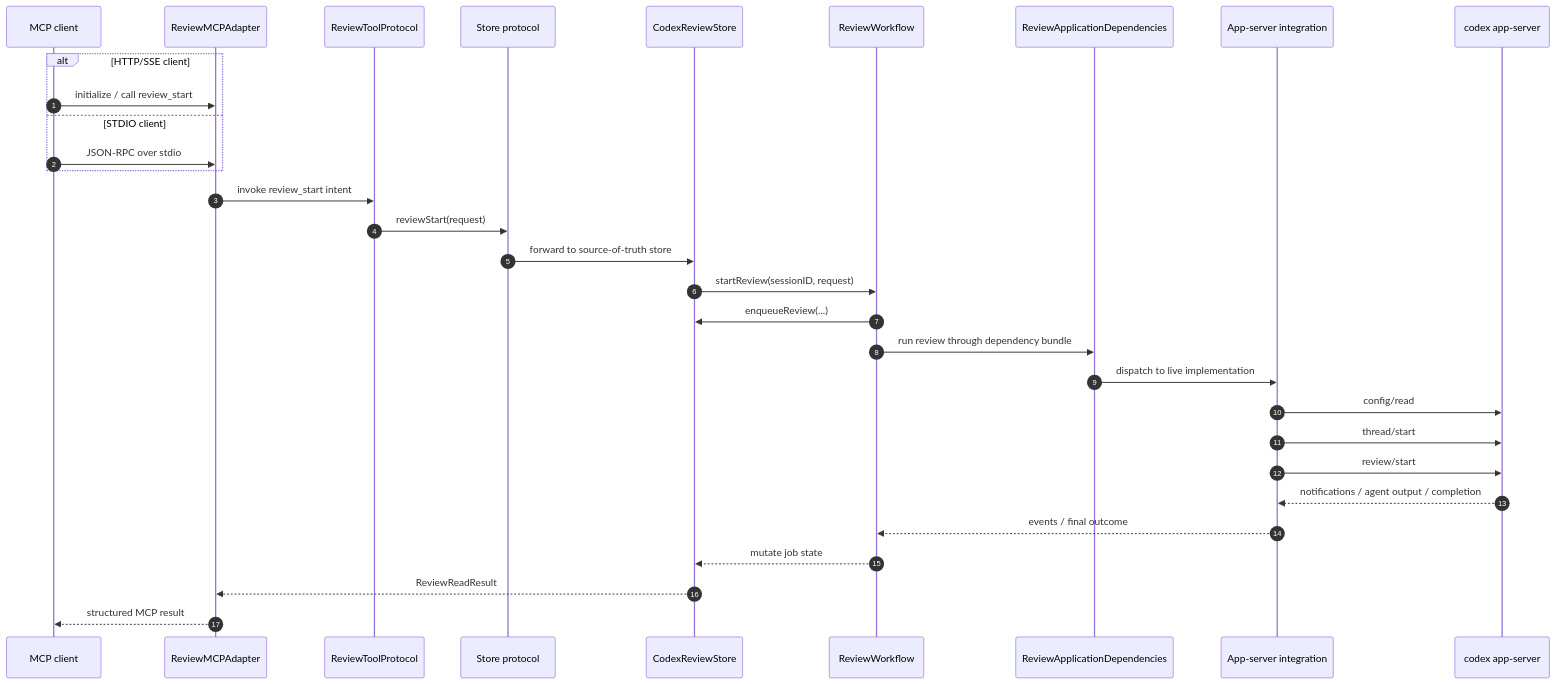
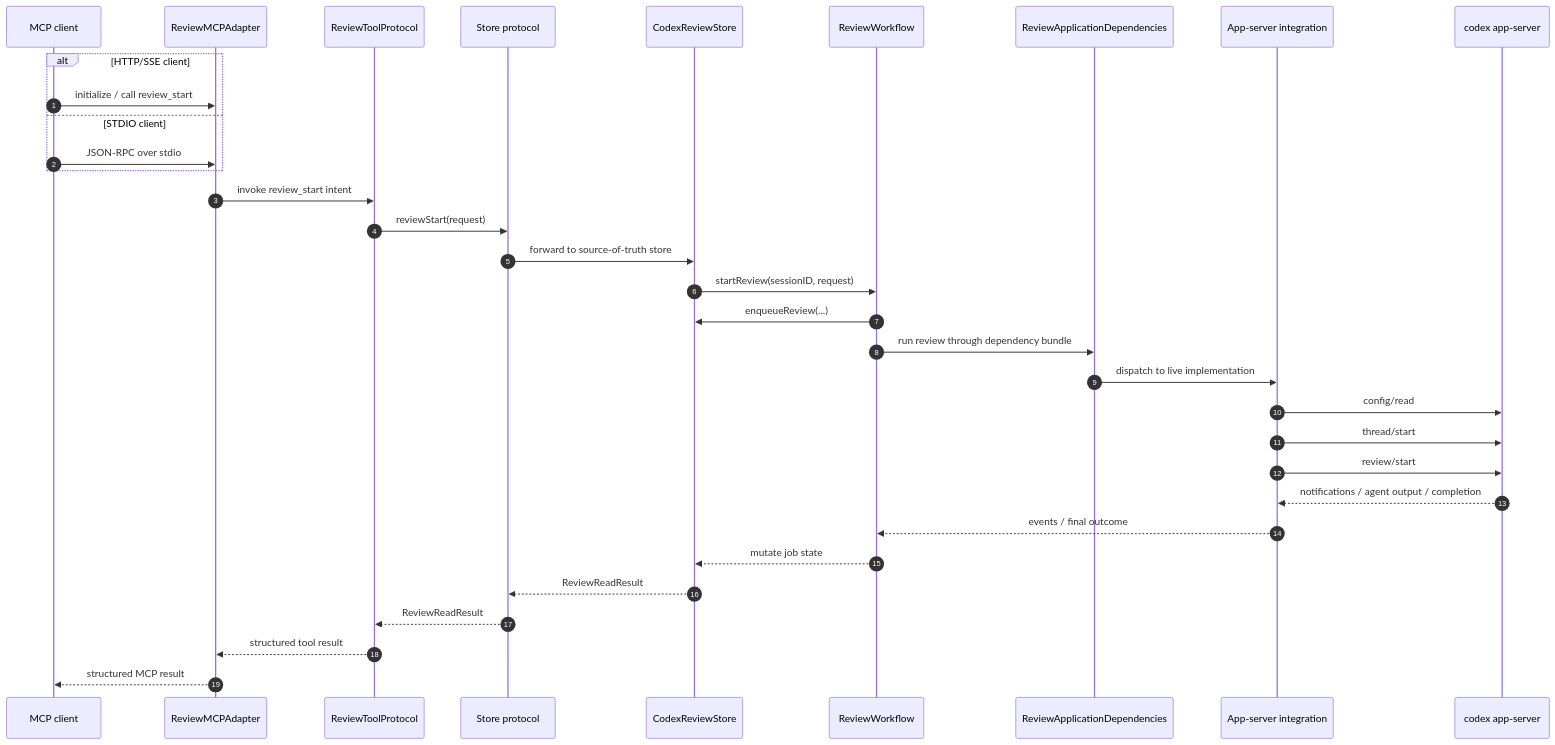
Before and after one commit to lynnswap/CodexReviewMCP: the sixth of 8 diagrams in Docs/architecture-overview.md, drawn with Mermaid. The commit also changed other lines of this file, not shown here.

Commit message:
docs(architecture): clarify diagram semantics

````diff
--- a/Docs/architecture-overview.md
+++ b/Docs/architecture-overview.md
@@ -276,34 +285,36 @@
 ```mermaid
 sequenceDiagram
     autonumber
     participant Client as MCP client
     participant Adapter as ReviewMCPAdapter
     participant Tool as ReviewToolProtocol
     participant StoreAPI as Store protocol
     participant Store as CodexReviewStore
     participant Workflow as ReviewWorkflow
     participant Deps as ReviewApplicationDependencies
     participant Live as App-server integration
     participant Codex as codex app-server
 
     alt HTTP/SSE client
         Client->>Adapter: initialize / call review_start
     else STDIO client
         Client->>Adapter: JSON-RPC over stdio
     end
     Adapter->>Tool: invoke review_start intent
     Tool->>StoreAPI: reviewStart(request)
     StoreAPI->>Store: forward to source-of-truth store
     Store->>Workflow: startReview(sessionID, request)
     Workflow->>Store: enqueueReview(...)
     Workflow->>Deps: run review through dependency bundle
     Deps->>Live: dispatch to live implementation
     Live->>Codex: config/read
     Live->>Codex: thread/start
     Live->>Codex: review/start
     Codex-->>Live: notifications / agent output / completion
     Live-->>Workflow: events / final outcome
     Workflow-->>Store: mutate job state
-    Store-->>Adapter: ReviewReadResult
+    Store-->>StoreAPI: ReviewReadResult
+    StoreAPI-->>Tool: ReviewReadResult
+    Tool-->>Adapter: structured tool result
     Adapter-->>Client: structured MCP result
 ```
````
